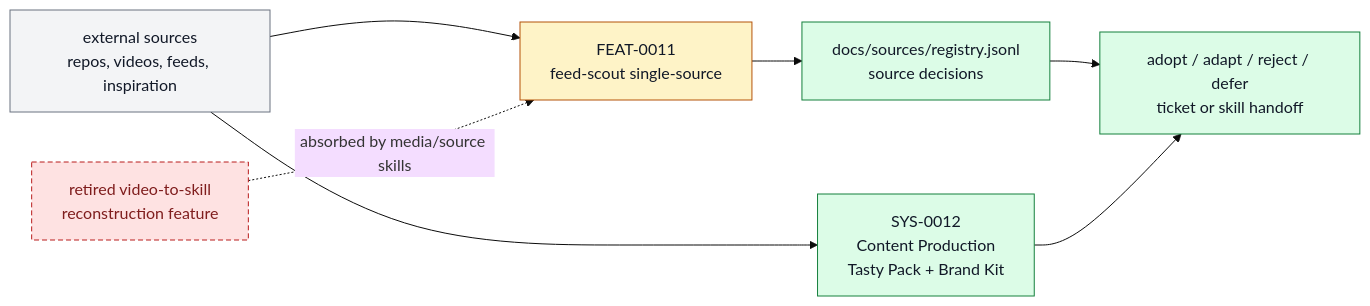
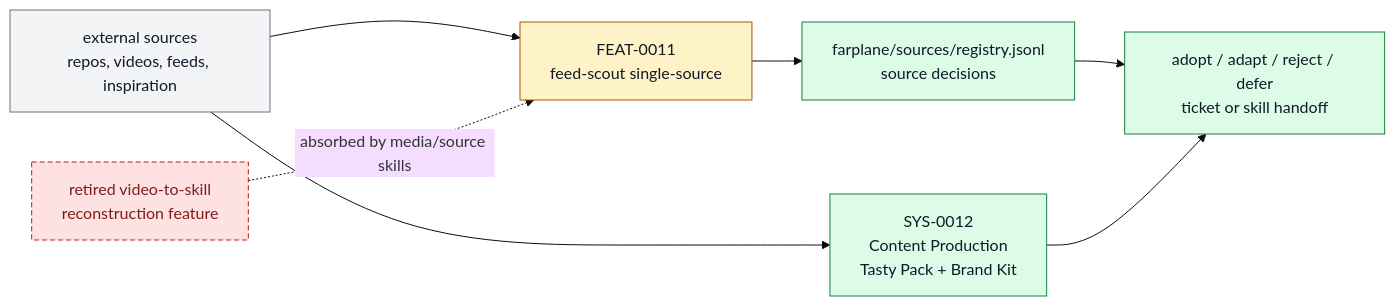
One commit to ZanarkandTechnologies/Farplane changed the diagram in docs/systems/source-sidecar-systems.md. Above: the diagram before and after it, drawn with Mermaid (base theme). The commit also changed other lines of this file and 105 other files, not shown here.

````diff
--- a/docs/systems/source-sidecar-systems.md
+++ b/docs/systems/source-sidecar-systems.md
@@ -94,18 +94,18 @@
 ```mermaid
 flowchart LR
   classDef keep fill:#f3f4f6,stroke:#6b7280,color:#111827
   classDef changed fill:#fef3c7,stroke:#b45309,color:#111827
   classDef added fill:#dcfce7,stroke:#15803d,color:#111827
   classDef retired fill:#fee2e2,stroke:#b91c1c,color:#7f1d1d,stroke-dasharray: 5 3
 
   sources["external sources<br/>repos, videos, feeds, inspiration"]:::keep
   scout["FEAT-0011<br/>feed-scout single-source"]:::changed
   retired["retired video-to-skill<br/>reconstruction feature"]:::retired
   content["SYS-0012<br/>Content Production<br/>Tasty Pack + Brand Kit"]:::added
-  registry["docs/sources/registry.jsonl<br/>source decisions"]:::added
+  registry["farplane/sources/registry.jsonl<br/>source decisions"]:::added
   handoff["adopt / adapt / reject / defer<br/>ticket or skill handoff"]:::added
 
   sources --> scout --> registry --> handoff
   sources --> content --> handoff
   retired -. "absorbed by media/source skills" .-> scout
 ```
````
